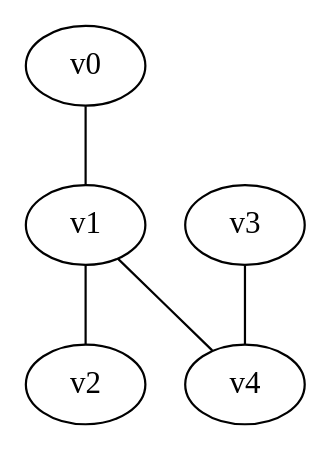
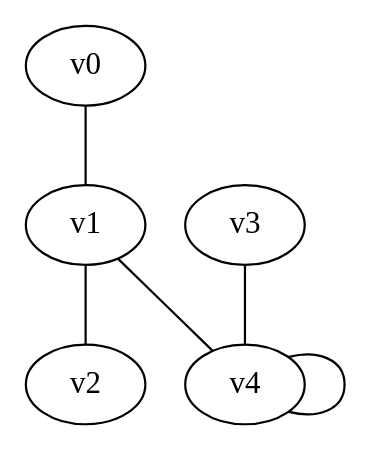
Before and after one commit to jo20046/graphen: the diagram in cmake-build-debug/aus_adjazenz.gv, drawn with Graphviz. The commit also changed 24 other files, not shown here.

Commit message:
- graph_-Member und get_graph() für Matrizen und Tabelle - Converter-Klasse angelegt - Formatanpassungen

```diff
--- a/cmake-build-debug/aus_adjazenz.gv
+++ b/cmake-build-debug/aus_adjazenz.gv
@@ -1,11 +1,12 @@
 graph {
   v0
   v1
   v2
   v3
   v4
   v0 -- v1
   v1 -- v2
   v1 -- v4
   v3 -- v4
+  v4 -- v4
 }
```
